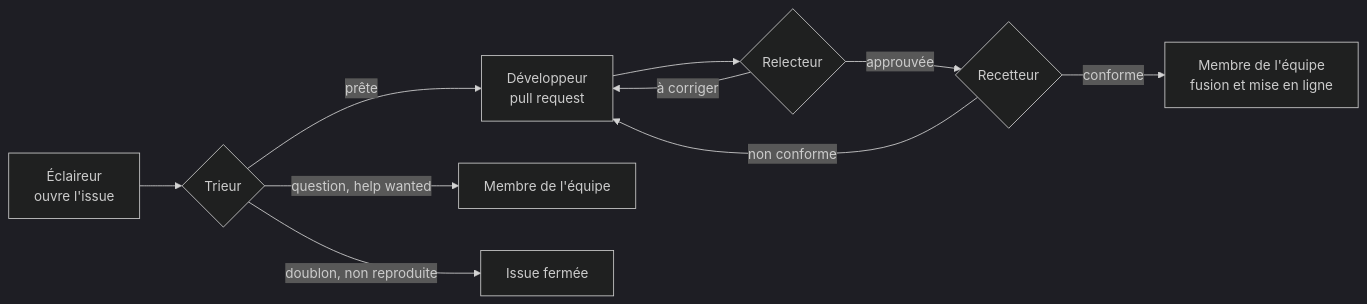
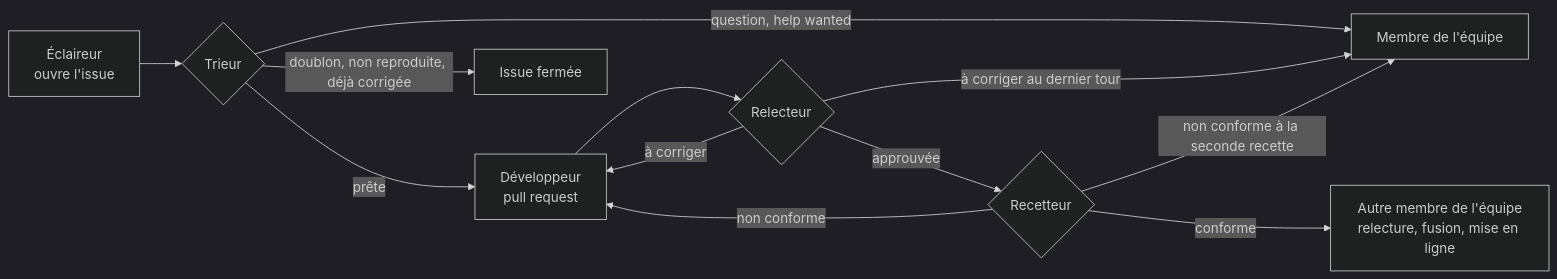
Before and after one commit to Maki882/projet-edt: the diagram in docs/organisation-agents.md, drawn with Mermaid (dark theme). The commit also changed other lines of this file and 1 other file, not shown here.

````diff
--- a/docs/organisation-agents.md
+++ b/docs/organisation-agents.md
@@ -56,12 +68,14 @@
 ```mermaid
 flowchart LR
     E[Éclaireur<br>ouvre l'issue] --> T{Trieur}
     T -- prête --> D[Développeur<br>pull request]
     T -- question, help wanted --> H[Membre de l'équipe]
-    T -- doublon, non reproduite --> F[Issue fermée]
+    T -- doublon, non reproduite, déjà corrigée --> F[Issue fermée]
     D --> R{Relecteur}
     R -- à corriger --> D
+    R -- à corriger au dernier tour --> H
     R -- approuvée --> Q{Recetteur}
     Q -- non conforme --> D
-    Q -- conforme --> M[Membre de l'équipe<br>fusion et mise en ligne]
+    Q -- non conforme à la seconde recette --> H
+    Q -- conforme --> M[Autre membre de l'équipe<br>relecture, fusion, mise en ligne]
 ```
````
